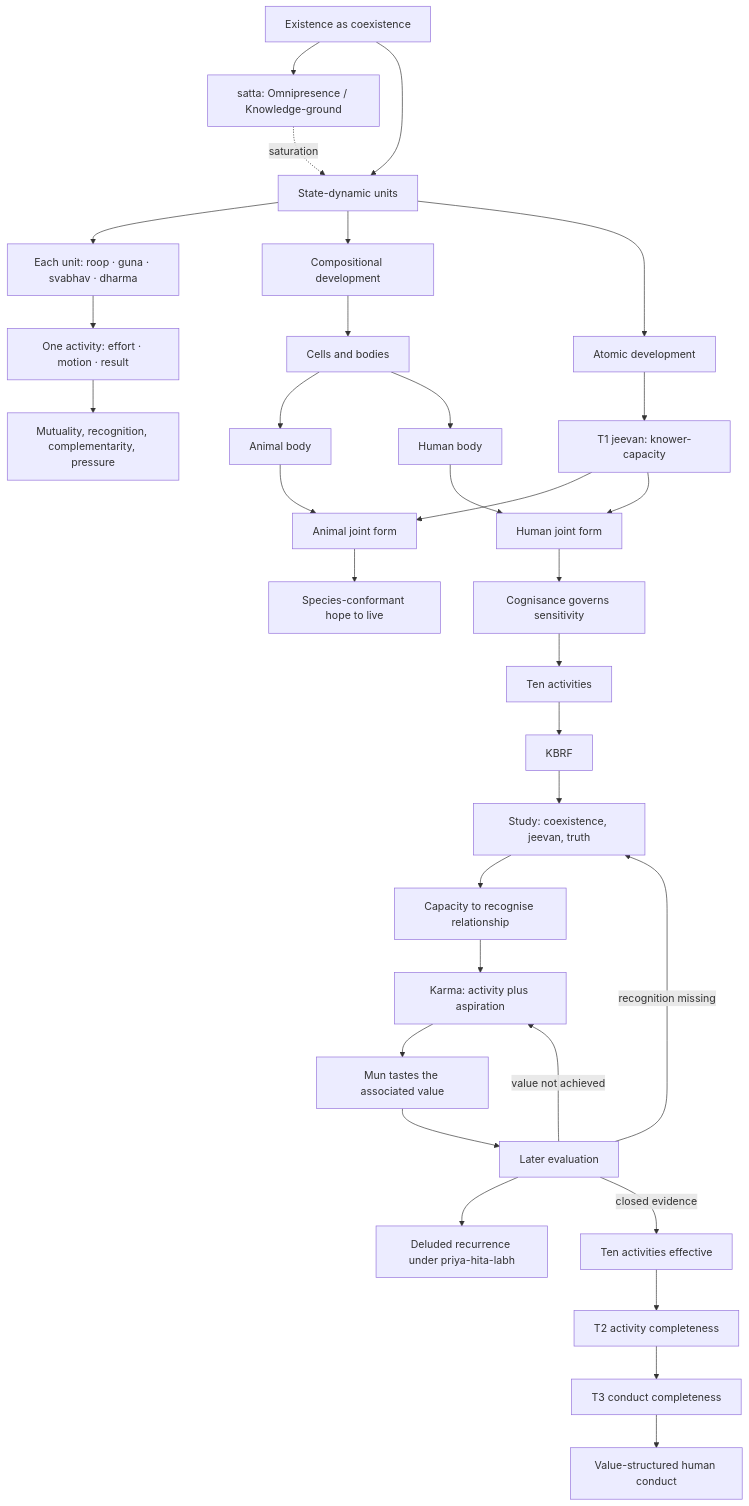
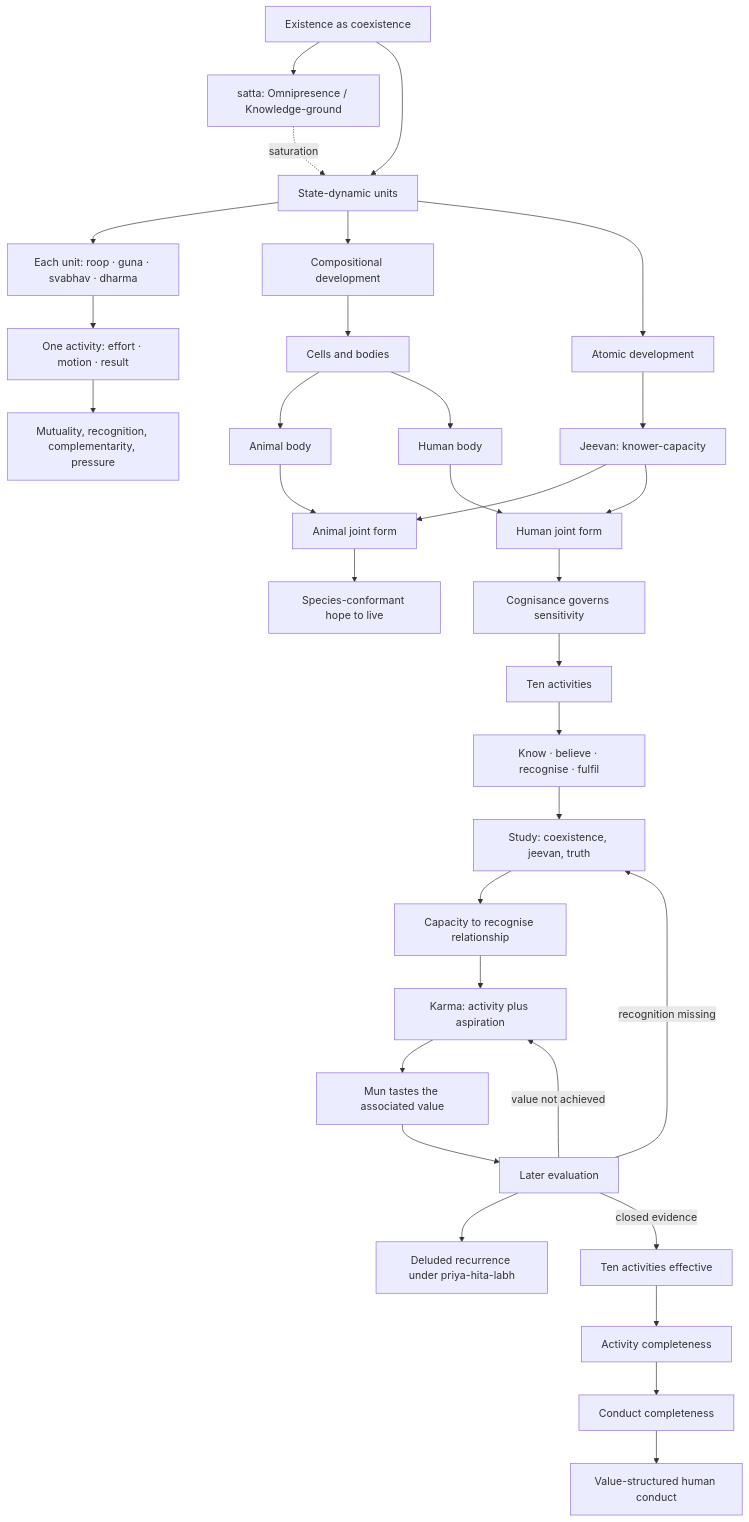
One commit to raghavamohan/AnalyticMadhyasthDarshan changed the first of 7 diagrams in Studies/A-State-Dynamic-Model-Of-Coexistence/A-State-Dynamic-Model-Of-Coexistence.md. Above: the diagram before and after it, drawn with Mermaid. The commit also changed other lines of this file and 8 other files, not shown here.

````diff
--- a/Studies/A-State-Dynamic-Model-Of-Coexistence/A-State-Dynamic-Model-Of-Coexistence.md
+++ b/Studies/A-State-Dynamic-Model-Of-Coexistence/A-State-Dynamic-Model-Of-Coexistence.md
@@ -20,38 +20,38 @@
 ```mermaid
 flowchart TD
     E["Existence as coexistence"] --> O["satta: Omnipresence / Knowledge-ground"]
     E --> U["State-dynamic units"]
     O -.->|"saturation"| U
     U --> ONE["Each unit: roop · guna · svabhav · dharma"]
     ONE --> EMR["One activity: effort · motion · result"]
     EMR --> MUT["Mutuality, recognition, complementarity, pressure"]
 
     U --> CL["Compositional development"]
     CL --> BIO["Cells and bodies"]
     U --> AL["Atomic development"]
-    AL --> T1["T1 jeevan: knower-capacity"]
+    AL --> JEEVAN["Jeevan: knower-capacity"]
     BIO --> AB["Animal body"]
     BIO --> HB["Human body"]
-    T1 --> AJ["Animal joint form"]
-    T1 --> HJ["Human joint form"]
+    JEEVAN --> AJ["Animal joint form"]
+    JEEVAN --> HJ["Human joint form"]
     AB --> AJ
     HB --> HJ
 
     AJ --> AE["Species-conformant hope to live"]
 
     HJ --> COG["Cognisance governs sensitivity"]
     COG --> HF["Ten activities"]
-    HF --> REC["KBRF"]
+    HF --> REC["Know · believe · recognise · fulfil"]
     REC --> STUDY["Study: coexistence, jeevan, truth"]
     STUDY --> CAP["Capacity to recognise relationship"]
     CAP --> KARMA["Karma: activity plus aspiration"]
     KARMA --> TASTE["Mun tastes the associated value"]
     TASTE --> EVALN["Later evaluation"]
     EVALN -->|"recognition missing"| STUDY
     EVALN -->|"value not achieved"| KARMA
     EVALN --> DEL["Deluded recurrence under priya-hita-labh"]
     EVALN -->|"closed evidence"| ALIGN["Ten activities effective"]
-    ALIGN --> T2["T2 activity completeness"]
-    T2 --> T3["T3 conduct completeness"]
-    T3 --> VSC["Value-structured human conduct"]
+    ALIGN --> ACTC["Activity completeness"]
+    ACTC --> CONDC["Conduct completeness"]
+    CONDC --> VSC["Value-structured human conduct"]
 ```
````
